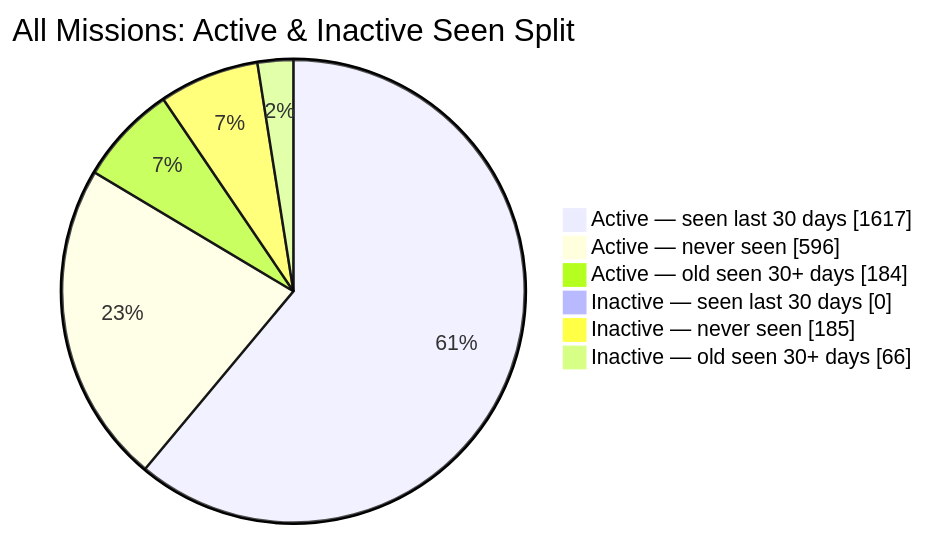
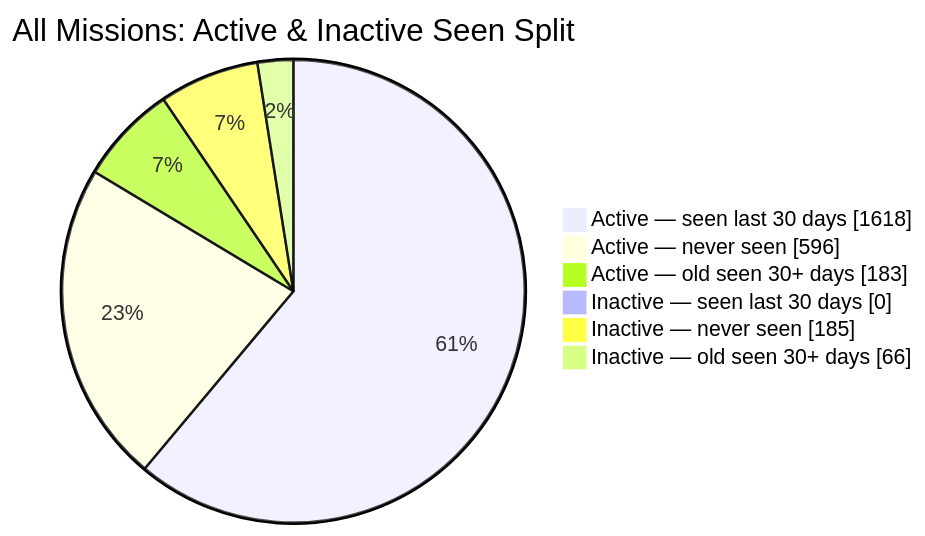
The second of 2 diagrams in README.md (MeldkamerspelGameTeam/active-missions), drawn with Mermaid before and after one commit. The commit also changed other lines of this file and 3 other files, not shown here.

````diff
--- a/README.md
+++ b/README.md
@@ -44,10 +44,10 @@
 ```mermaid
 pie showData
     title All Missions: Active & Inactive Seen Split
-    "Active — seen last 30 days" : 1617
+    "Active — seen last 30 days" : 1618
     "Active — never seen" : 596
-    "Active — old seen 30+ days" : 184
+    "Active — old seen 30+ days" : 183
     "Inactive — seen last 30 days" : 0
     "Inactive — never seen" : 185
     "Inactive — old seen 30+ days" : 66
 ```
````
